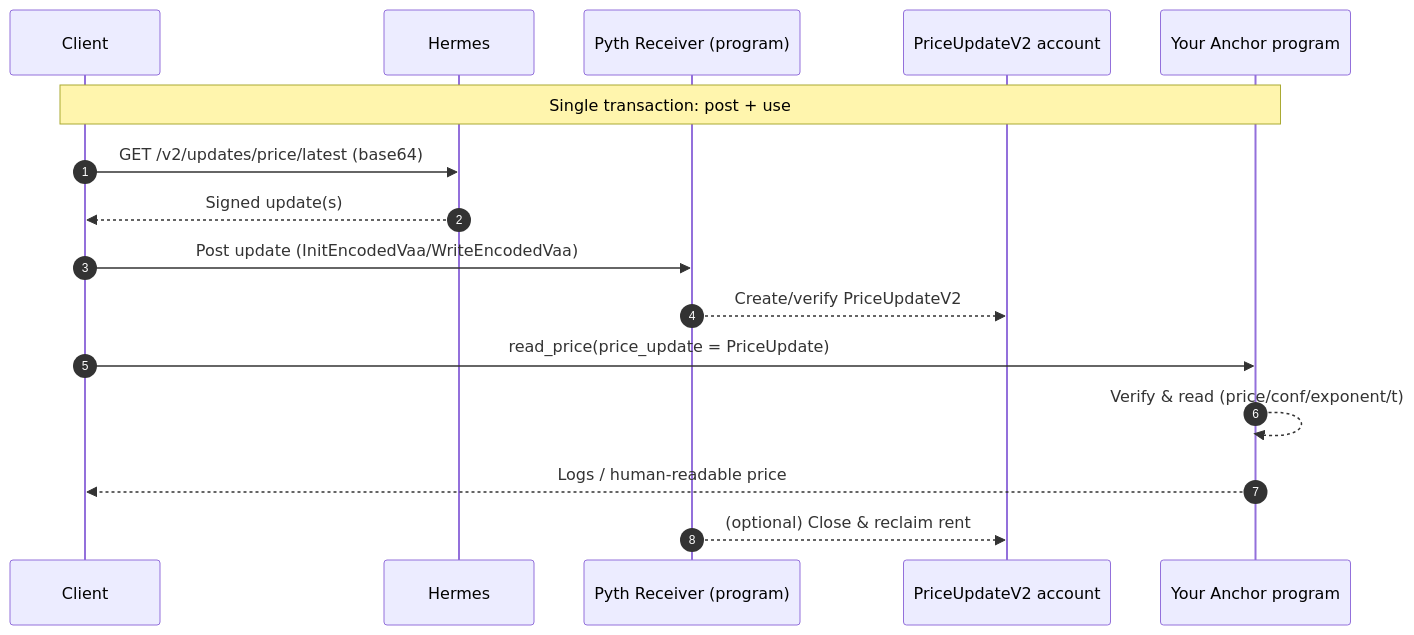
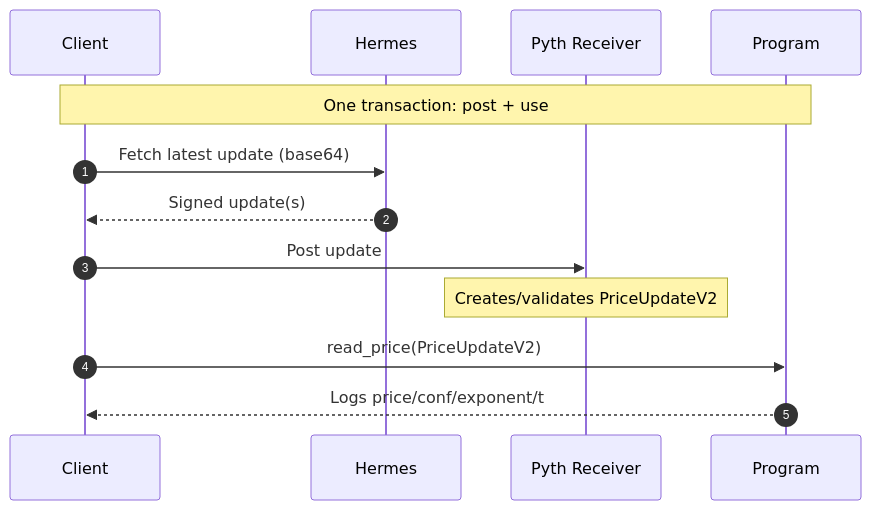
Before and after one commit to nicoalba/pyth-price-solana: the diagram in README.md, drawn with Mermaid.

Commit message:
update mermaid

````diff
--- a/README.md
+++ b/README.md
@@ -27,21 +27,17 @@
 ```mermaid
 sequenceDiagram
   autonumber
   participant Client
   participant Hermes
-  participant Receiver as Pyth Receiver (program)
-  participant PriceUpdate as PriceUpdateV2 account
-  participant Program as Your Anchor program
+  participant Receiver as Pyth Receiver
+  participant Program
 
-  Note over Client,Program: Single transaction: post + use
+  Note over Client,Program: One transaction: post + use
 
-  Client->>Hermes: GET /v2/updates/price/latest (base64)
+  Client->>Hermes: Fetch latest update (base64)
   Hermes-->>Client: Signed update(s)
-  Client->>Receiver: Post update (InitEncodedVaa/WriteEncodedVaa)
-  Receiver-->>PriceUpdate: Create/verify PriceUpdateV2
-  Client->>Program: read_price(price_update = PriceUpdate)
-  Program-->>Program: Verify & read (price/conf/exponent/t)
-  Program-->>Client: Logs / human-readable price
-  Receiver-->>PriceUpdate: (optional) Close & reclaim rent
-
+  Client->>Receiver: Post update
+  Note over Receiver: Creates/validates PriceUpdateV2
+  Client->>Program: read_price(PriceUpdateV2)
+  Program-->>Client: Logs price/conf/exponent/t
 ```
````
